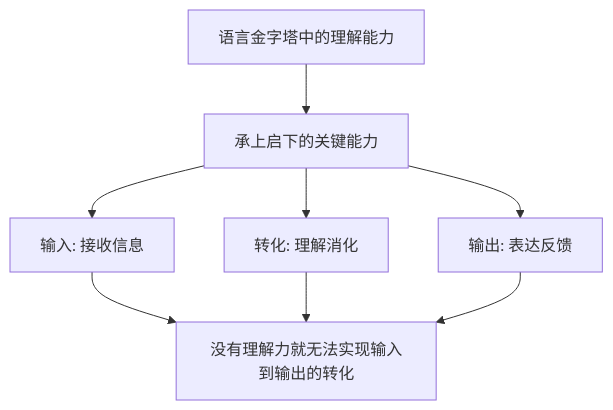
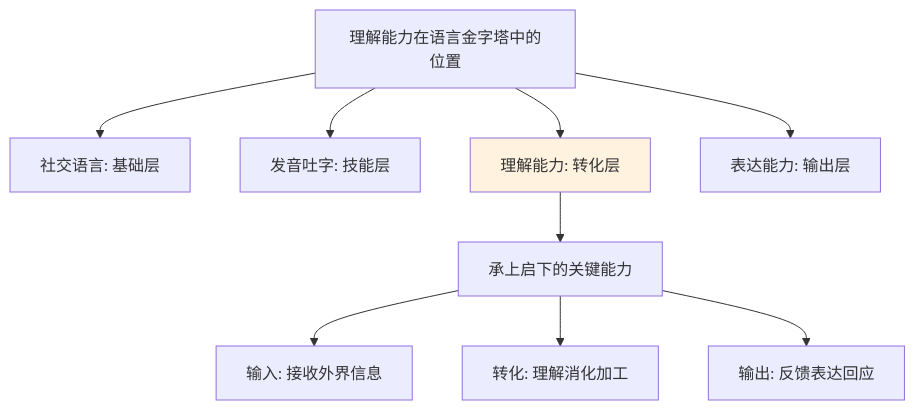
One commit to chongyang211/YCBookBlog changed the first of 12 diagrams in 10.自我进阶提升书/06.语言沟通的演进/6.3理解能力的锻炼.md. Above: the diagram before and after it, drawn with Mermaid. The commit also changed other lines of this file, not shown here.

````diff
--- a/10.自我进阶提升书/06.语言沟通的演进/6.3理解能力的锻炼.md
+++ b/10.自我进阶提升书/06.语言沟通的演进/6.3理解能力的锻炼.md
@@ -40,10 +19,12 @@
 ```mermaid
 graph TD
-    A[语言金字塔中的理解能力] --> B[承上启下的关键能力]
-    B --> C[输入: 接收信息]
-    B --> D[转化: 理解消化]
-    B --> E[输出: 表达反馈]
-    C --> F[没有理解力就无法实现输入到输出的转化]
-    D --> F
-    E --> F
+    A[理解能力在语言金字塔中的位置] --> B[社交语言: 基础层]
+    A --> C[发音吐字: 技能层]
+    A --> D[理解能力: 转化层]
+    A --> E[表达能力: 输出层]
+    D --> D1[承上启下的关键能力]
+    D1 --> D2[输入: 接收外界信息]
+    D1 --> D3[转化: 理解消化加工]
+    D1 --> D4[输出: 反馈表达回应]
+    style D fill:#fff3e0
 ```
````
